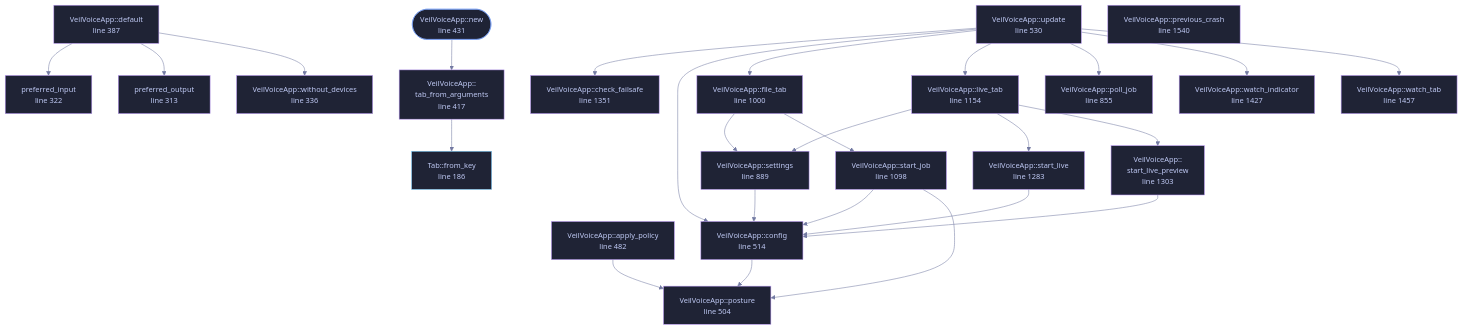
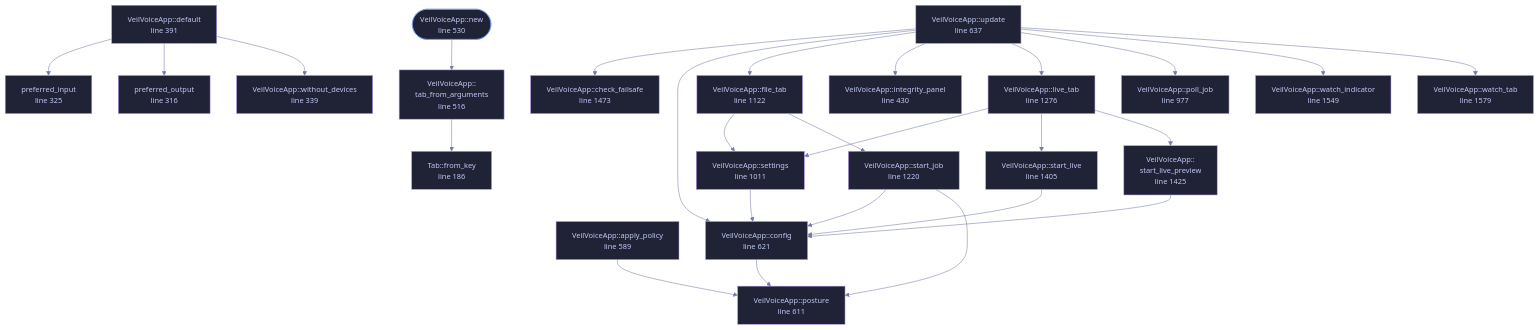
The diagram in docs/files/veilvoice-gui/app.md (tilas01/veilvoice), drawn with Mermaid before and after one commit. The commit also changed other lines of this file and 44 other files, not shown here.

````diff
--- a/docs/files/veilvoice-gui/app.md
+++ b/docs/files/veilvoice-gui/app.md
@@ -181,78 +181,79 @@
 ```mermaid
 %%{init: {"theme":"base","themeVariables":{"background":"#1a1b26","primaryColor":"#1f2335","primaryTextColor":"#c0caf5","primaryBorderColor":"#7aa2f7","secondaryColor":"#16161e","tertiaryColor":"#16161e","lineColor":"#737aa2","textColor":"#c0caf5","mainBkg":"#1f2335","nodeBorder":"#7aa2f7","clusterBkg":"#16161e","clusterBorder":"#2f3549","fontFamily":"ui-monospace, SFMono-Regular, Consolas, monospace","fontSize":"14px"}}}%%
 flowchart TD
     n_from_key["Tab::from_key<br/>line 186"]
-    n_preferred_output["preferred_output<br/>line 313"]
-    n_preferred_input["preferred_input<br/>line 322"]
-    n_without_devices["VeilVoiceApp::without_devices<br/>line 336"]
-    n_default["VeilVoiceApp::default<br/>line 387"]
-    n_tab_from_arguments["VeilVoiceApp::<br/>tab_from_arguments<br/>line 417"]
-    n_new(["VeilVoiceApp::new<br/>line 431"])
-    n_apply_policy["VeilVoiceApp::apply_policy<br/>line 482"]
-    n_posture["VeilVoiceApp::posture<br/>line 504"]
-    n_config["VeilVoiceApp::config<br/>line 514"]
-    n_update["VeilVoiceApp::update<br/>line 530"]
-    n_poll_job["VeilVoiceApp::poll_job<br/>line 855"]
-    n_settings["VeilVoiceApp::settings<br/>line 889"]
-    n_file_tab["VeilVoiceApp::file_tab<br/>line 1000"]
-    n_start_job["VeilVoiceApp::start_job<br/>line 1098"]
-    n_live_tab["VeilVoiceApp::live_tab<br/>line 1154"]
-    n_start_live["VeilVoiceApp::start_live<br/>line 1283"]
-    n_start_live_preview["VeilVoiceApp::<br/>start_live_preview<br/>line 1303"]
-    n_check_failsafe["VeilVoiceApp::check_failsafe<br/>line 1351"]
-    n_watch_indicator["VeilVoiceApp::watch_indicator<br/>line 1427"]
-    n_watch_tab["VeilVoiceApp::watch_tab<br/>line 1457"]
-    n_previous_crash["VeilVoiceApp::previous_crash<br/>line 1540"]
+    n_preferred_output["preferred_output<br/>line 316"]
+    n_preferred_input["preferred_input<br/>line 325"]
+    n_without_devices["VeilVoiceApp::without_devices<br/>line 339"]
+    n_default["VeilVoiceApp::default<br/>line 391"]
+    n_integrity_panel["VeilVoiceApp::integrity_panel<br/>line 430"]
+    n_tab_from_arguments["VeilVoiceApp::<br/>tab_from_arguments<br/>line 516"]
+    n_new(["VeilVoiceApp::new<br/>line 530"])
+    n_apply_policy["VeilVoiceApp::apply_policy<br/>line 589"]
+    n_posture["VeilVoiceApp::posture<br/>line 611"]
+    n_config["VeilVoiceApp::config<br/>line 621"]
+    n_update["VeilVoiceApp::update<br/>line 637"]
+    n_poll_job["VeilVoiceApp::poll_job<br/>line 977"]
+    n_settings["VeilVoiceApp::settings<br/>line 1011"]
+    n_file_tab["VeilVoiceApp::file_tab<br/>line 1122"]
+    n_start_job["VeilVoiceApp::start_job<br/>line 1220"]
+    n_live_tab["VeilVoiceApp::live_tab<br/>line 1276"]
+    n_start_live["VeilVoiceApp::start_live<br/>line 1405"]
+    n_start_live_preview["VeilVoiceApp::<br/>start_live_preview<br/>line 1425"]
+    n_check_failsafe["VeilVoiceApp::check_failsafe<br/>line 1473"]
+    n_watch_indicator["VeilVoiceApp::watch_indicator<br/>line 1549"]
+    n_watch_tab["VeilVoiceApp::watch_tab<br/>line 1579"]
     n_apply_policy --> n_posture
     n_config --> n_posture
     n_default --> n_preferred_input
     n_default --> n_preferred_output
     n_default --> n_without_devices
     n_file_tab --> n_settings
     n_file_tab --> n_start_job
     n_live_tab --> n_settings
     n_live_tab --> n_start_live
     n_live_tab --> n_start_live_preview
     n_new --> n_tab_from_arguments
     n_settings --> n_config
     n_start_job --> n_config
     n_start_job --> n_posture
     n_start_live --> n_config
     n_start_live_preview --> n_config
     n_tab_from_arguments --> n_from_key
     n_update --> n_check_failsafe
     n_update --> n_config
     n_update --> n_file_tab
+    n_update --> n_integrity_panel
     n_update --> n_live_tab
     n_update --> n_poll_job
     n_update --> n_watch_indicator
     n_update --> n_watch_tab
     click n_from_key href "https://github.com/tilas01/veilvoice/blob/main/crates/veilvoice-gui/src/app.rs#L186" "open the source"
-    click n_preferred_output href "https://github.com/tilas01/veilvoice/blob/main/crates/veilvoice-gui/src/app.rs#L313" "open the source"
-    click n_preferred_input href "https://github.com/tilas01/veilvoice/blob/main/crates/veilvoice-gui/src/app.rs#L322" "open the source"
-    click n_without_devices href "https://github.com/tilas01/veilvoice/blob/main/crates/veilvoice-gui/src/app.rs#L336" "open the source"
-    click n_default href "https://github.com/tilas01/veilvoice/blob/main/crates/veilvoice-gui/src/app.rs#L387" "open the source"
-    click n_tab_from_arguments href "https://github.com/tilas01/veilvoice/blob/main/crates/veilvoice-gui/src/app.rs#L417" "open the source"
-    click n_new href "https://github.com/tilas01/veilvoice/blob/main/crates/veilvoice-gui/src/app.rs#L431" "open the source"
-    click n_apply_policy href "https://github.com/tilas01/veilvoice/blob/main/crates/veilvoice-gui/src/app.rs#L482" "open the source"
-    click n_posture href "https://github.com/tilas01/veilvoice/blob/main/crates/veilvoice-gui/src/app.rs#L504" "open the source"
-    click n_config href "https://github.com/tilas01/veilvoice/blob/main/crates/veilvoice-gui/src/app.rs#L514" "open the source"
-    click n_update href "https://github.com/tilas01/veilvoice/blob/main/crates/veilvoice-gui/src/app.rs#L530" "open the source"
-    click n_poll_job href "https://github.com/tilas01/veilvoice/blob/main/crates/veilvoice-gui/src/app.rs#L855" "open the source"
-    click n_settings href "https://github.com/tilas01/veilvoice/blob/main/crates/veilvoice-gui/src/app.rs#L889" "open the source"
-    click n_file_tab href "https://github.com/tilas01/veilvoice/blob/main/crates/veilvoice-gui/src/app.rs#L1000" "open the source"
-    click n_start_job href "https://github.com/tilas01/veilvoice/blob/main/crates/veilvoice-gui/src/app.rs#L1098" "open the source"
-    click n_live_tab href "https://github.com/tilas01/veilvoice/blob/main/crates/veilvoice-gui/src/app.rs#L1154" "open the source"
-    click n_start_live href "https://github.com/tilas01/veilvoice/blob/main/crates/veilvoice-gui/src/app.rs#L1283" "open the source"
-    click n_start_live_preview href "https://github.com/tilas01/veilvoice/blob/main/crates/veilvoice-gui/src/app.rs#L1303" "open the source"
-    click n_check_failsafe href "https://github.com/tilas01/veilvoice/blob/main/crates/veilvoice-gui/src/app.rs#L1351" "open the source"
-    click n_watch_indicator href "https://github.com/tilas01/veilvoice/blob/main/crates/veilvoice-gui/src/app.rs#L1427" "open the source"
-    click n_watch_tab href "https://github.com/tilas01/veilvoice/blob/main/crates/veilvoice-gui/src/app.rs#L1457" "open the source"
-    click n_previous_crash href "https://github.com/tilas01/veilvoice/blob/main/crates/veilvoice-gui/src/app.rs#L1540" "open the source"
+    click n_preferred_output href "https://github.com/tilas01/veilvoice/blob/main/crates/veilvoice-gui/src/app.rs#L316" "open the source"
+    click n_preferred_input href "https://github.com/tilas01/veilvoice/blob/main/crates/veilvoice-gui/src/app.rs#L325" "open the source"
+    click n_without_devices href "https://github.com/tilas01/veilvoice/blob/main/crates/veilvoice-gui/src/app.rs#L339" "open the source"
+    click n_default href "https://github.com/tilas01/veilvoice/blob/main/crates/veilvoice-gui/src/app.rs#L391" "open the source"
+    click n_integrity_panel href "https://github.com/tilas01/veilvoice/blob/main/crates/veilvoice-gui/src/app.rs#L430" "open the source"
+    click n_tab_from_arguments href "https://github.com/tilas01/veilvoice/blob/main/crates/veilvoice-gui/src/app.rs#L516" "open the source"
+    click n_new href "https://github.com/tilas01/veilvoice/blob/main/crates/veilvoice-gui/src/app.rs#L530" "open the source"
+    click n_apply_policy href "https://github.com/tilas01/veilvoice/blob/main/crates/veilvoice-gui/src/app.rs#L589" "open the source"
+    click n_posture href "https://github.com/tilas01/veilvoice/blob/main/crates/veilvoice-gui/src/app.rs#L611" "open the source"
+    click n_config href "https://github.com/tilas01/veilvoice/blob/main/crates/veilvoice-gui/src/app.rs#L621" "open the source"
+    click n_update href "https://github.com/tilas01/veilvoice/blob/main/crates/veilvoice-gui/src/app.rs#L637" "open the source"
+    click n_poll_job href "https://github.com/tilas01/veilvoice/blob/main/crates/veilvoice-gui/src/app.rs#L977" "open the source"
+    click n_settings href "https://github.com/tilas01/veilvoice/blob/main/crates/veilvoice-gui/src/app.rs#L1011" "open the source"
+    click n_file_tab href "https://github.com/tilas01/veilvoice/blob/main/crates/veilvoice-gui/src/app.rs#L1122" "open the source"
+    click n_start_job href "https://github.com/tilas01/veilvoice/blob/main/crates/veilvoice-gui/src/app.rs#L1220" "open the source"
+    click n_live_tab href "https://github.com/tilas01/veilvoice/blob/main/crates/veilvoice-gui/src/app.rs#L1276" "open the source"
+    click n_start_live href "https://github.com/tilas01/veilvoice/blob/main/crates/veilvoice-gui/src/app.rs#L1405" "open the source"
+    click n_start_live_preview href "https://github.com/tilas01/veilvoice/blob/main/crates/veilvoice-gui/src/app.rs#L1425" "open the source"
+    click n_check_failsafe href "https://github.com/tilas01/veilvoice/blob/main/crates/veilvoice-gui/src/app.rs#L1473" "open the source"
+    click n_watch_indicator href "https://github.com/tilas01/veilvoice/blob/main/crates/veilvoice-gui/src/app.rs#L1549" "open the source"
+    click n_watch_tab href "https://github.com/tilas01/veilvoice/blob/main/crates/veilvoice-gui/src/app.rs#L1579" "open the source"
     classDef entry fill:#1f2335,stroke:#7aa2f7,color:#c0caf5
     class n_new entry
     classDef api fill:#1f2335,stroke:#7dcfff,color:#c0caf5
     class n_from_key api
     classDef helper fill:#1f2335,stroke:#bb9af7,color:#c0caf5
-    class n_preferred_output,n_preferred_input,n_without_devices,n_default,n_tab_from_arguments,n_apply_policy,n_posture,n_config,n_update,n_poll_job,n_settings,n_file_tab,n_start_job,n_live_tab,n_start_live,n_start_live_preview,n_check_failsafe,n_watch_indicator,n_watch_tab,n_previous_crash helper
+    class n_preferred_output,n_preferred_input,n_without_devices,n_default,n_integrity_panel,n_tab_from_arguments,n_apply_policy,n_posture,n_config,n_update,n_poll_job,n_settings,n_file_tab,n_start_job,n_live_tab,n_start_live,n_start_live_preview,n_check_failsafe,n_watch_indicator,n_watch_tab helper
 ```
````
